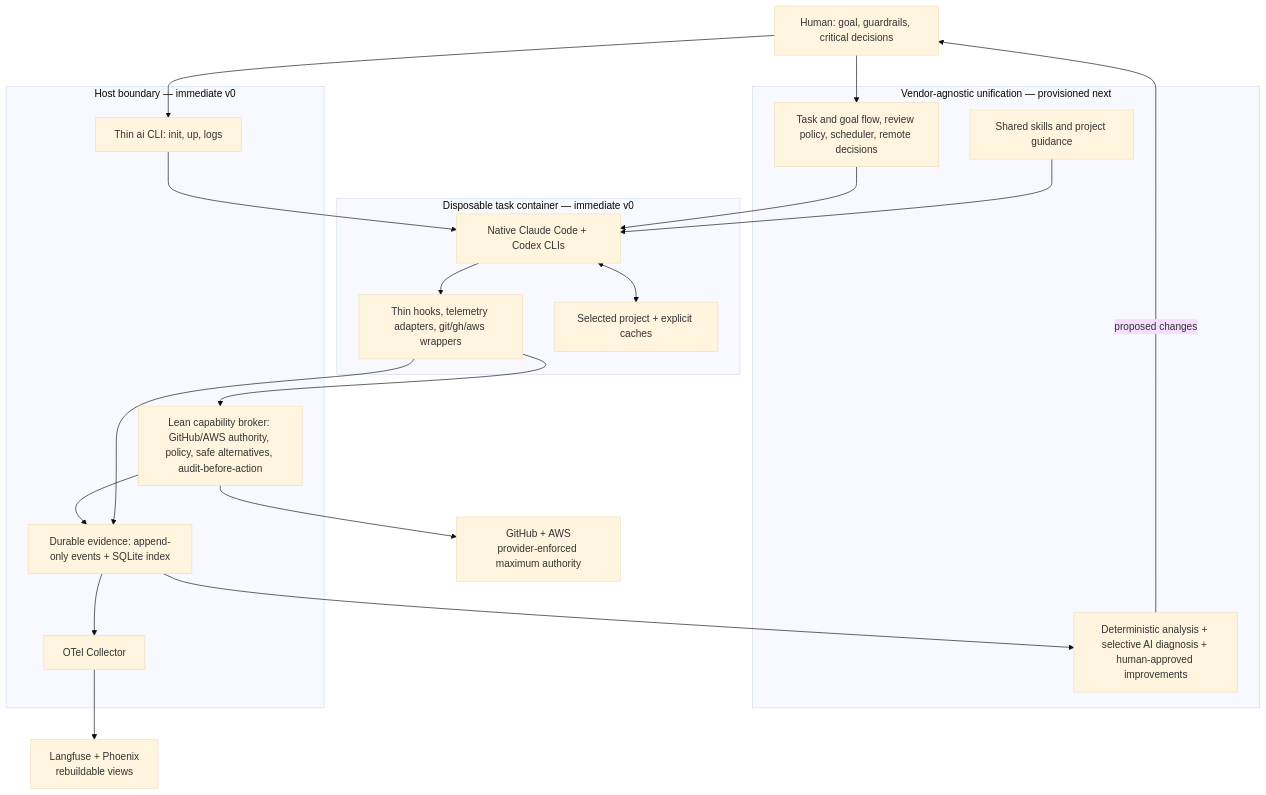
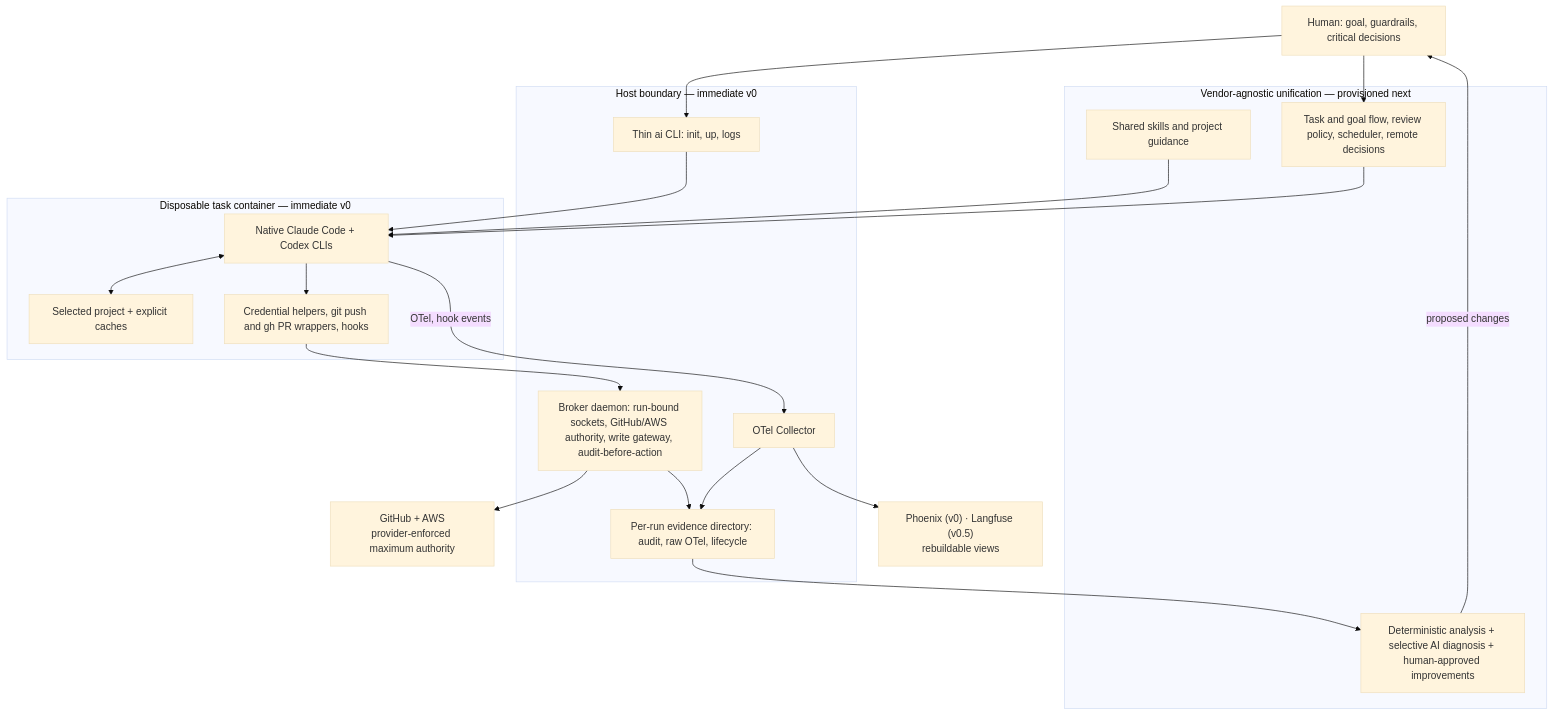
Before and after one commit to maryzam/ai-crew-localdev: the diagram in pivot_proposal.md, drawn with Mermaid (base theme). The commit also changed other lines of this file, not shown here.

````diff
--- a/pivot_proposal.md
+++ b/pivot_proposal.md
@@ -65,41 +67,42 @@
 ```mermaid
 flowchart TB
     Human["Human: goal, guardrails, critical decisions"]
 
     subgraph V1["Vendor-agnostic unification — provisioned next"]
         Skills["Shared skills and project guidance"]
         Flow["Task and goal flow, review policy, scheduler, remote decisions"]
         Optimizer["Deterministic analysis + selective AI diagnosis + human-approved improvements"]
     end
 
     subgraph Host["Host boundary — immediate v0"]
         CLI["Thin ai CLI: init, up, logs"]
-        Broker["Lean capability broker: GitHub/AWS authority, policy, safe alternatives, audit-before-action"]
-        Evidence["Durable evidence: append-only events + SQLite index"]
+        Broker["Broker daemon: run-bound sockets, GitHub/AWS authority, write gateway, audit-before-action"]
         Collector["OTel Collector"]
+        Evidence["Per-run evidence directory: audit, raw OTel, lifecycle"]
     end
 
     subgraph Task["Disposable task container — immediate v0"]
         Agents["Native Claude Code + Codex CLIs"]
-        Adapters["Thin hooks, telemetry adapters, git/gh/aws wrappers"]
+        Adapters["Credential helpers, git push and gh PR wrappers, hooks"]
         Project["Selected project + explicit caches"]
     end
 
-    Views["Langfuse + Phoenix<br/>rebuildable views"]
+    Views["Phoenix (v0) · Langfuse (v0.5)<br/>rebuildable views"]
     Providers["GitHub + AWS<br/>provider-enforced maximum authority"]
 
     Human --> CLI
     Human --> Flow
     CLI --> Agents
     Skills --> Agents
     Flow --> Agents
     Agents <--> Project
     Agents --> Adapters
     Adapters --> Broker
     Broker --> Providers
-    Adapters --> Evidence
+    Agents -->|"OTel, hook events"| Collector
+    Collector --> Evidence
     Broker --> Evidence
-    Evidence --> Collector --> Views
+    Collector --> Views
     Evidence --> Optimizer
     Optimizer -->|"proposed changes"| Human
 ```
````
